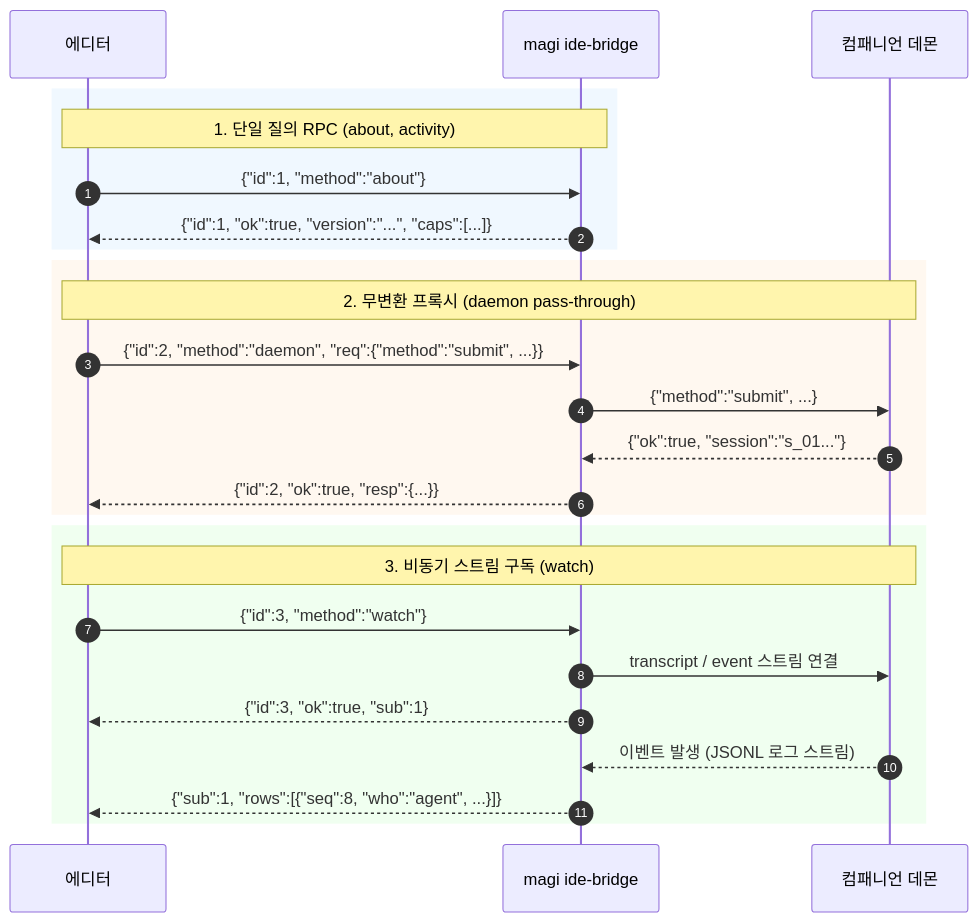
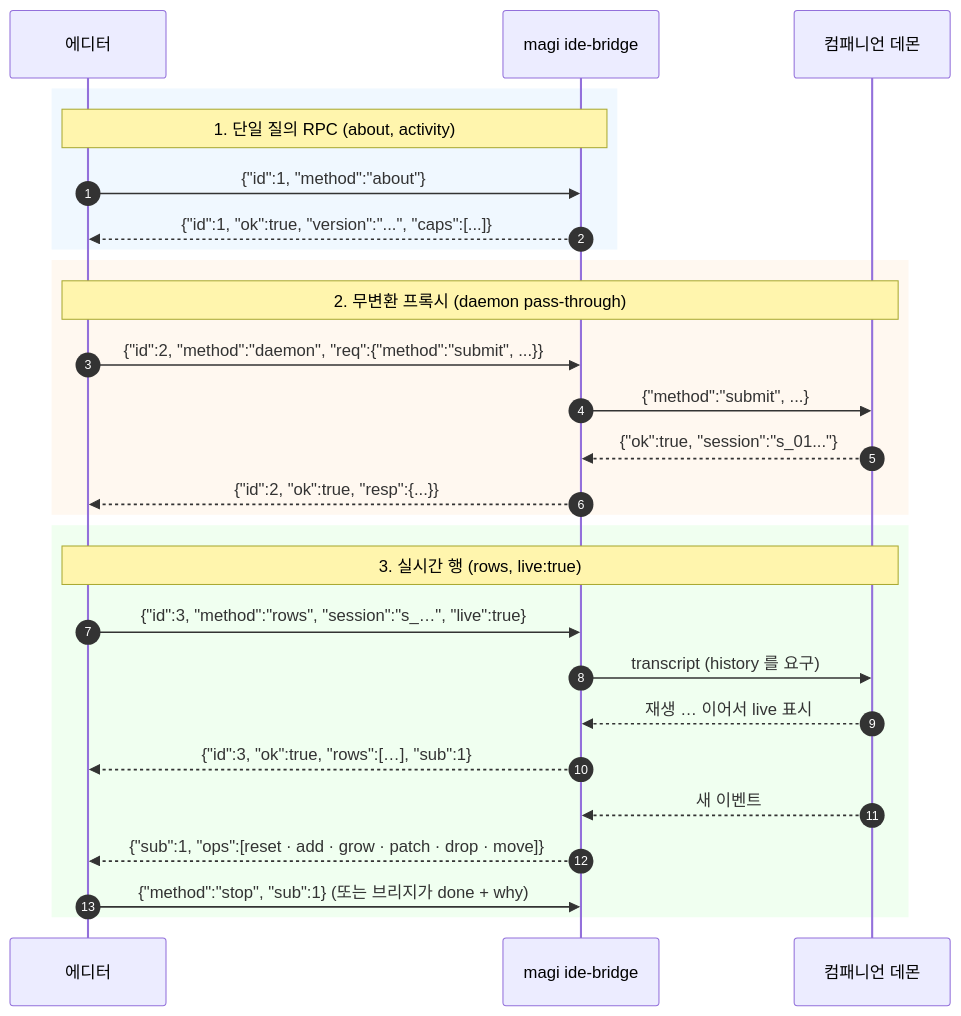
Before and after one commit to sayaya1090/magi: the second of 2 diagrams in docs/IDE_BRIDGE.ko.md, drawn with Mermaid. The commit also changed other lines of this file and 1 other file, not shown here.

Commit message:
docs(ide-bridge): 예시와 도표의 세 번째 흐름이 없는 메서드 watch 였다 — rows live 로
브리지에는 watch 메서드가 없다(about·activity·rows·stop·daemon). 스트림 구독 예시와
시퀀스 도표가 {"method":"watch"} 와 rows 프레임을 보이고 있었는데, 지금 모양은
rows{session, live:true} → rows·events·sub 한 번 → {"sub",ops:[…]} 프레임 → stop(또는
done+why)이다. 필드 이름(op·id·text·events·sub)은 live.go·live_door.go 에서 확인했다(영/한).

````diff
--- a/docs/IDE_BRIDGE.ko.md
+++ b/docs/IDE_BRIDGE.ko.md
@@ -187,30 +188,32 @@
 ```mermaid
 sequenceDiagram
     autonumber
     participant Editor as 에디터
     participant Bridge as magi ide-bridge
     participant Daemon as 컴패니언 데몬
 
     rect rgb(240, 248, 255)
     Note over Editor,Bridge: 1. 단일 질의 RPC (about, activity)
     Editor->>Bridge: {"id":1, "method":"about"}
     Bridge-->>Editor: {"id":1, "ok":true, "version":"...", "caps":[...]}
     end
 
     rect rgb(255, 248, 240)
     Note over Editor,Daemon: 2. 무변환 프록시 (daemon pass-through)
     Editor->>Bridge: {"id":2, "method":"daemon", "req":{"method":"submit", ...}}
     Bridge->>Daemon: {"method":"submit", ...}
     Daemon-->>Bridge: {"ok":true, "session":"s_01..."}
     Bridge-->>Editor: {"id":2, "ok":true, "resp":{...}}
     end
 
     rect rgb(240, 255, 240)
-    Note over Editor,Daemon: 3. 비동기 스트림 구독 (watch)
-    Editor->>Bridge: {"id":3, "method":"watch"}
-    Bridge->>Daemon: transcript / event 스트림 연결
-    Bridge-->>Editor: {"id":3, "ok":true, "sub":1}
-    Daemon-->>Bridge: 이벤트 발생 (JSONL 로그 스트림)
-    Bridge-->>Editor: {"sub":1, "rows":[{"seq":8, "who":"agent", ...}]}
+    Note over Editor,Daemon: 3. 실시간 행 (rows, live:true)
+    Editor->>Bridge: {"id":3, "method":"rows", "session":"s_…", "live":true}
+    Bridge->>Daemon: transcript (history 를 요구)
+    Daemon-->>Bridge: 재생 … 이어서 live 표시
+    Bridge-->>Editor: {"id":3, "ok":true, "rows":[…], "sub":1}
+    Daemon-->>Bridge: 새 이벤트
+    Bridge-->>Editor: {"sub":1, "ops":[reset · add · grow · patch · drop · move]}
+    Editor->>Bridge: {"method":"stop", "sub":1}  (또는 브리지가 done + why)
     end
 ```
````
